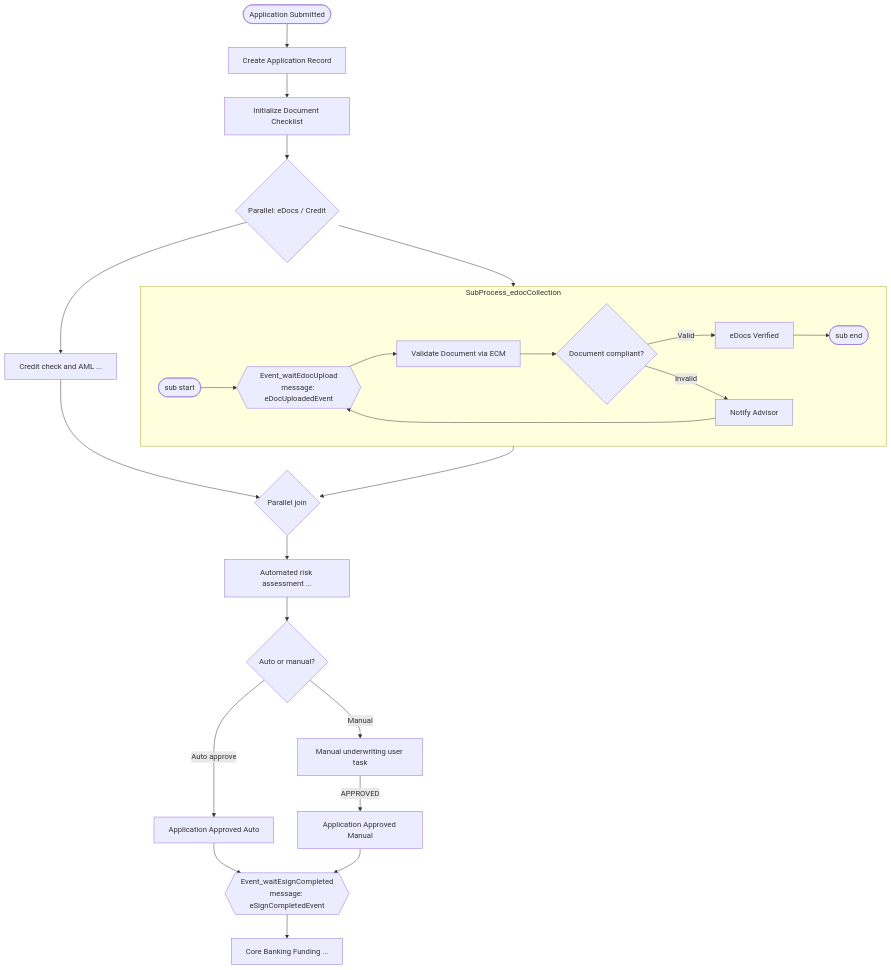
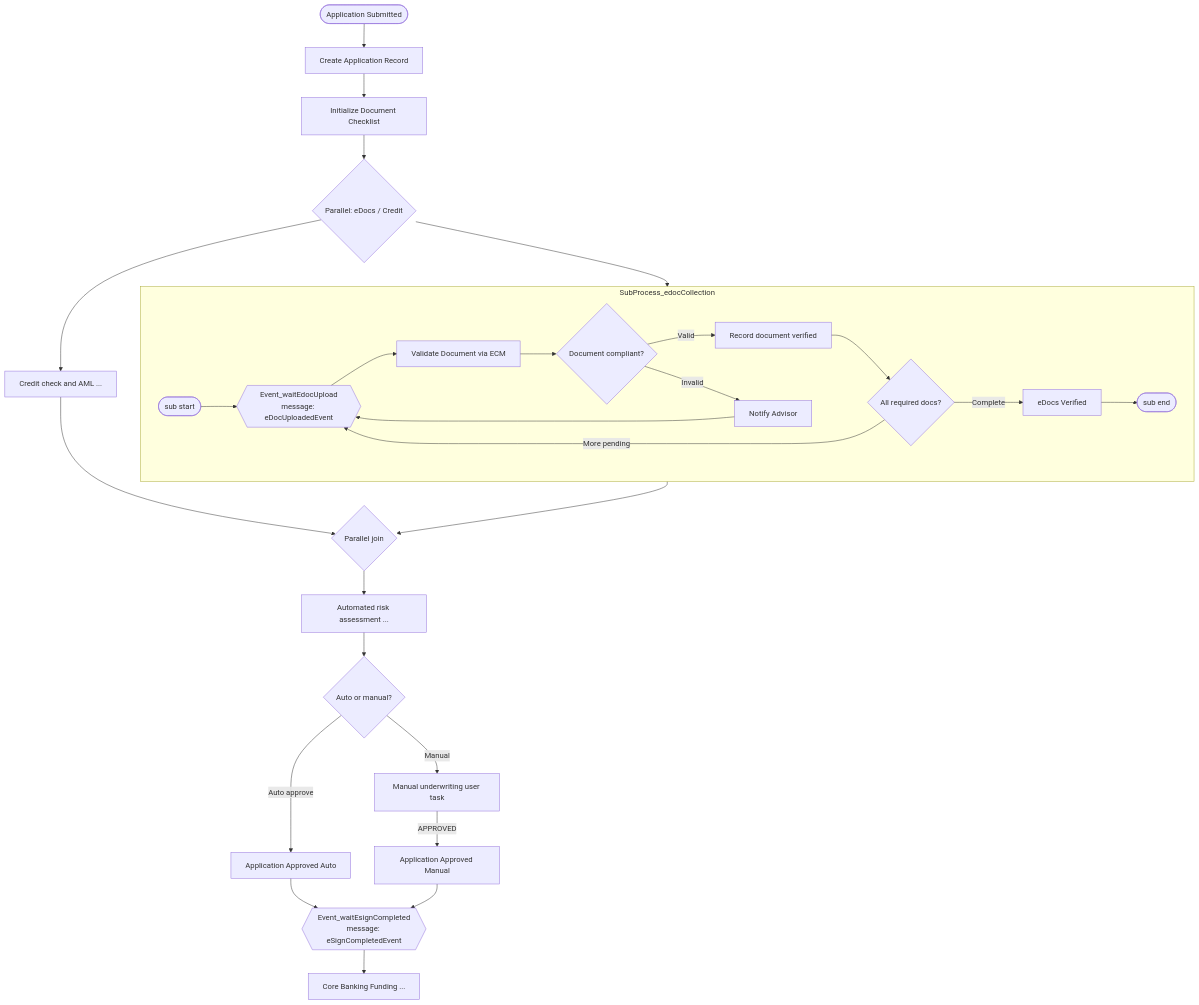
One commit to frankyin720/general-workflow changed the diagram in docs/kafka-camunda-integration.md. Above: the diagram before and after it, drawn with Mermaid. The commit also changed other lines of this file and 159 other files, not shown here.

````diff
--- a/docs/kafka-camunda-integration.md
+++ b/docs/kafka-camunda-integration.md
@@ -21,30 +21,33 @@
 ```mermaid
 flowchart TB
   Start([Application Submitted]) --> CreateRecord[Create Application Record]
   CreateRecord --> InitChecklist[Initialize Document Checklist]
   InitChecklist --> Split{Parallel: eDocs / Credit}
 
   Split --> EdocSub[[SubProcess: eDoc collection]]
   Split --> Credit[Credit check and AML ...]
 
   subgraph EdocSub["SubProcess_edocCollection"]
     EdocStart([sub start]) --> WaitEdoc{{"Event_waitEdocUpload<br/>message: eDocUploadedEvent"}}
     WaitEdoc --> ValidateECM[Validate Document via ECM]
     ValidateECM --> DocGW{Document compliant?}
-    DocGW -->|Valid| MarkVerified[eDocs Verified]
+    DocGW -->|Valid| RecordDoc[Record document verified]
     DocGW -->|Invalid| NotifyDoc[Notify Advisor]
     NotifyDoc --> WaitEdoc
+    RecordDoc --> AllDocs{All required docs?}
+    AllDocs -->|More pending| WaitEdoc
+    AllDocs -->|Complete| MarkVerified[eDocs Verified]
     MarkVerified --> EdocEnd([sub end])
   end
 
   Credit --> Join{Parallel join}
   EdocSub --> Join
   Join --> Risk[Automated risk assessment ...]
   Risk --> AutoOrManual{Auto or manual?}
   AutoOrManual -->|Auto approve| StatusAuto[Application Approved Auto]
   AutoOrManual -->|Manual| UW[Manual underwriting user task]
   UW -->|APPROVED| StatusManual[Application Approved Manual]
   StatusAuto --> WaitESign{{"Event_waitEsignCompleted<br/>message: eSignCompletedEvent"}}
   StatusManual --> WaitESign
   WaitESign --> Funding[Core Banking Funding ...]
 ```
````
